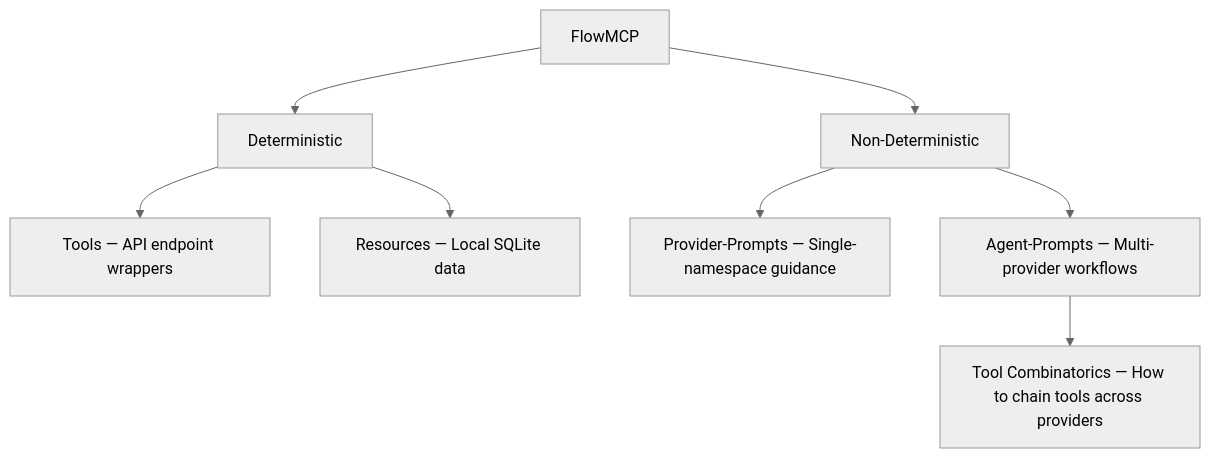
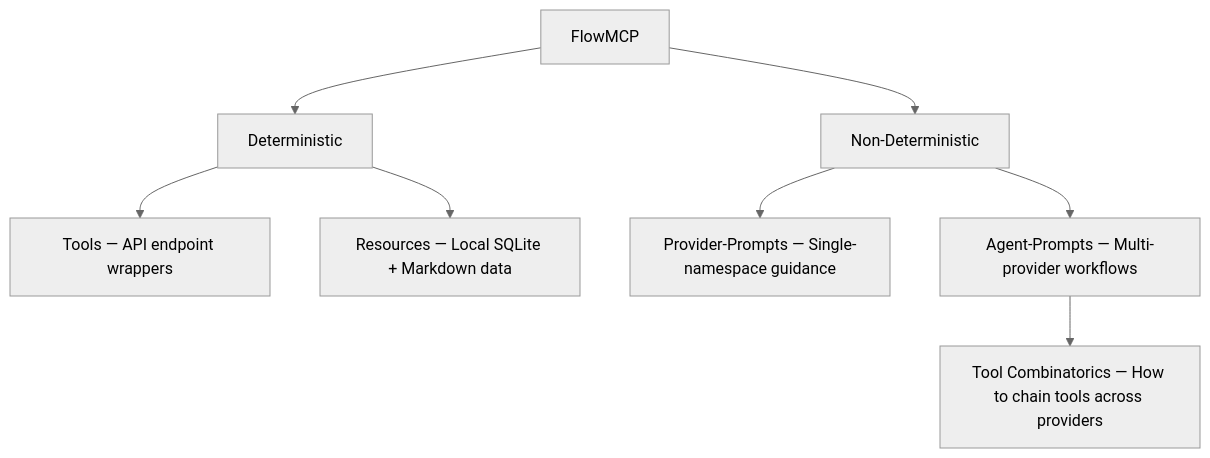
Before and after one commit to FlowMCP/flowmcp-spec: the first of 3 diagrams in spec/v3.0.0/00-overview.md, drawn with Mermaid (neutral theme). The commit also changed other lines of this file and 2 other files, not shown here.

Commit message:
Add v3.1.0 Resources & Prompts spec #10

````diff
--- a/spec/v3.0.0/00-overview.md
+++ b/spec/v3.0.0/00-overview.md
@@ -31,13 +31,13 @@
 ```mermaid
 flowchart TD
     A[FlowMCP] --> B[Deterministic]
     A --> C[Non-Deterministic]
 
     B --> D[Tools — API endpoint wrappers]
-    B --> E[Resources — Local SQLite data]
+    B --> E[Resources — Local SQLite + Markdown data]
 
     C --> F[Provider-Prompts — Single-namespace guidance]
     C --> G[Agent-Prompts — Multi-provider workflows]
 
     G --> H[Tool Combinatorics — How to chain tools across providers]
 ```
````
